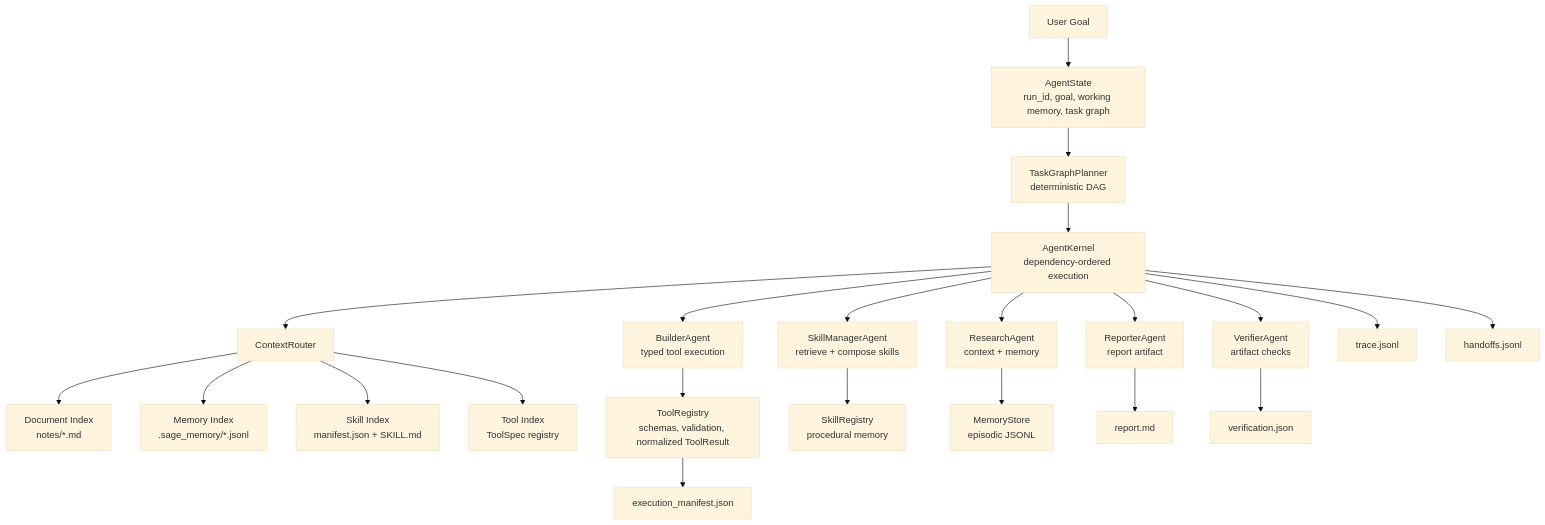
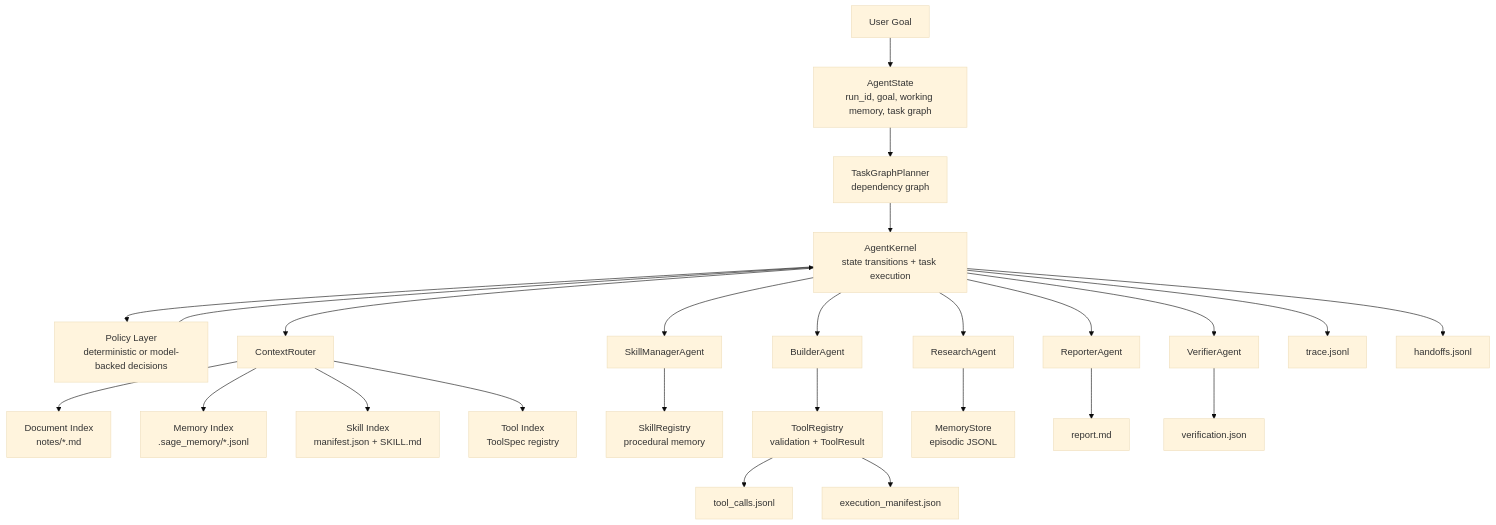
The diagram in README.md (QiRebecca/Agentdemo), drawn with Mermaid (base theme) before and after one commit. The commit also changed other lines of this file and 4 other files, not shown here.

Commit message:
Final polish: clarify policy layer and runtime architecture

````diff
--- a/README.md
+++ b/README.md
@@ -50,28 +50,32 @@
 ```mermaid
 flowchart TD
     Goal["User Goal"] --> State["AgentState<br/>run_id, goal, working memory, task graph"]
-    State --> Planner["TaskGraphPlanner<br/>deterministic DAG"]
-    Planner --> Kernel["AgentKernel<br/>dependency-ordered execution"]
+    State --> Planner["TaskGraphPlanner<br/>dependency graph"]
+    Planner --> Kernel["AgentKernel<br/>state transitions + task execution"]
+
+    Kernel --> Policy["Policy Layer<br/>deterministic or model-backed decisions"]
+    Policy --> Kernel
 
     Kernel --> Router["ContextRouter"]
     Router --> Docs["Document Index<br/>notes/*.md"]
-    Router --> Memory["Memory Index<br/>.sage_memory/*.jsonl"]
+    Router --> Memories["Memory Index<br/>.sage_memory/*.jsonl"]
     Router --> SkillIndex["Skill Index<br/>manifest.json + SKILL.md"]
     Router --> ToolIndex["Tool Index<br/>ToolSpec registry"]
 
-    Kernel --> Research["ResearchAgent<br/>context + memory"]
-    Kernel --> SkillMgr["SkillManagerAgent<br/>retrieve + compose skills"]
-    Kernel --> Builder["BuilderAgent<br/>typed tool execution"]
-    Kernel --> Reporter["ReporterAgent<br/>report artifact"]
-    Kernel --> Verifier["VerifierAgent<br/>artifact checks"]
+    Kernel --> Research["ResearchAgent"]
+    Kernel --> SkillManager["SkillManagerAgent"]
+    Kernel --> Builder["BuilderAgent"]
+    Kernel --> Reporter["ReporterAgent"]
+    Kernel --> Verifier["VerifierAgent"]
 
-    Builder --> Tools["ToolRegistry<br/>schemas, validation, normalized ToolResult"]
-    SkillMgr --> Skills["SkillRegistry<br/>procedural memory"]
-    Research --> Store["MemoryStore<br/>episodic JSONL"]
+    SkillManager --> Skills["SkillRegistry<br/>procedural memory"]
+    Builder --> Tools["ToolRegistry<br/>validation + ToolResult"]
+    Research --> MemoryStore["MemoryStore<br/>episodic JSONL"]
 
+    Tools --> ToolCalls["tool_calls.jsonl"]
     Tools --> Manifest["execution_manifest.json"]
+    Kernel --> Trace["trace.jsonl"]
+    Kernel --> Handoffs["handoffs.jsonl"]
     Reporter --> Report["report.md"]
     Verifier --> Verification["verification.json"]
-    Kernel --> Trace["trace.jsonl"]
-    Kernel --> Handoffs["handoffs.jsonl"]
 ```
````
